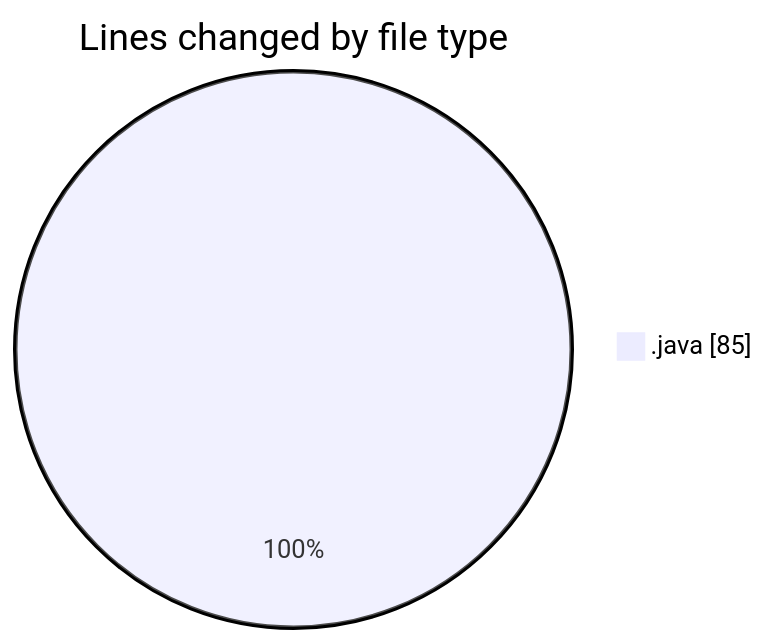
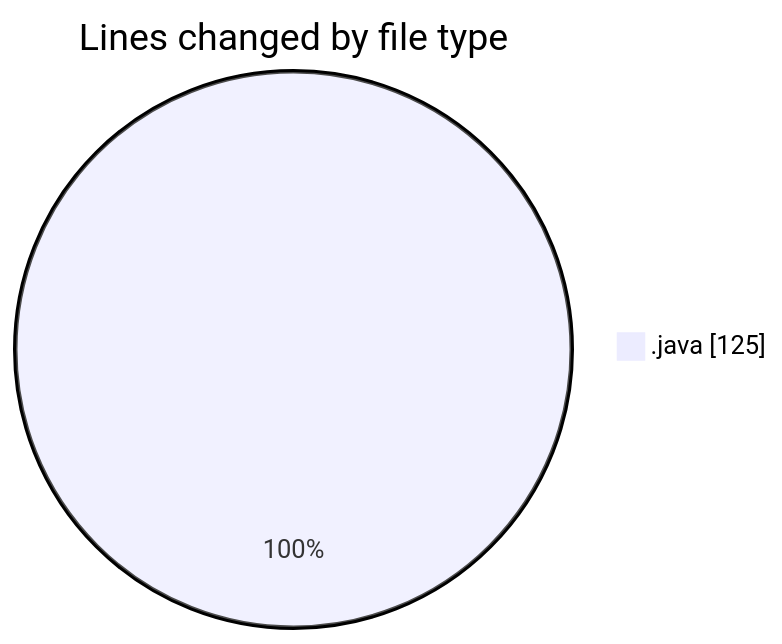
One commit to NitaiMahat/code-tracking changed the first of 2 diagrams in 2025-02-17/project1/README.md. Above: the diagram before and after it, drawn with Mermaid. The commit also changed other lines of this file and 1 other file, not shown here.

````diff
--- a/2025-02-17/project1/README.md
+++ b/2025-02-17/project1/README.md
@@ -20,5 +20,5 @@
 ```mermaid
 pie showData
 title Lines changed by file type
-".java" : 85
+".java" : 125
 ```
````
